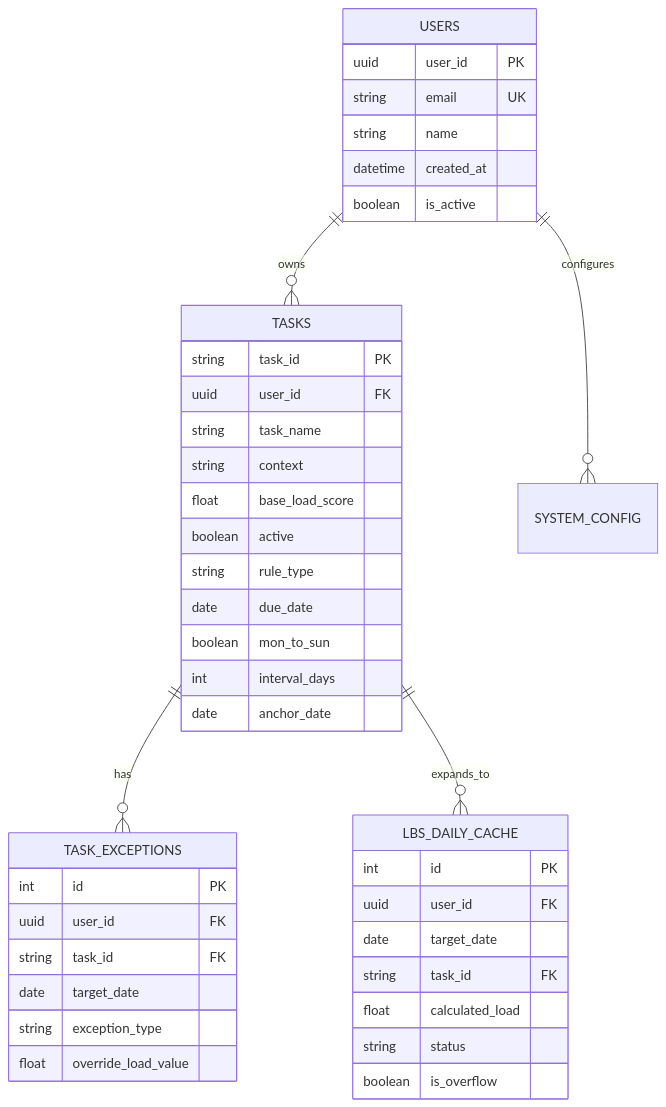
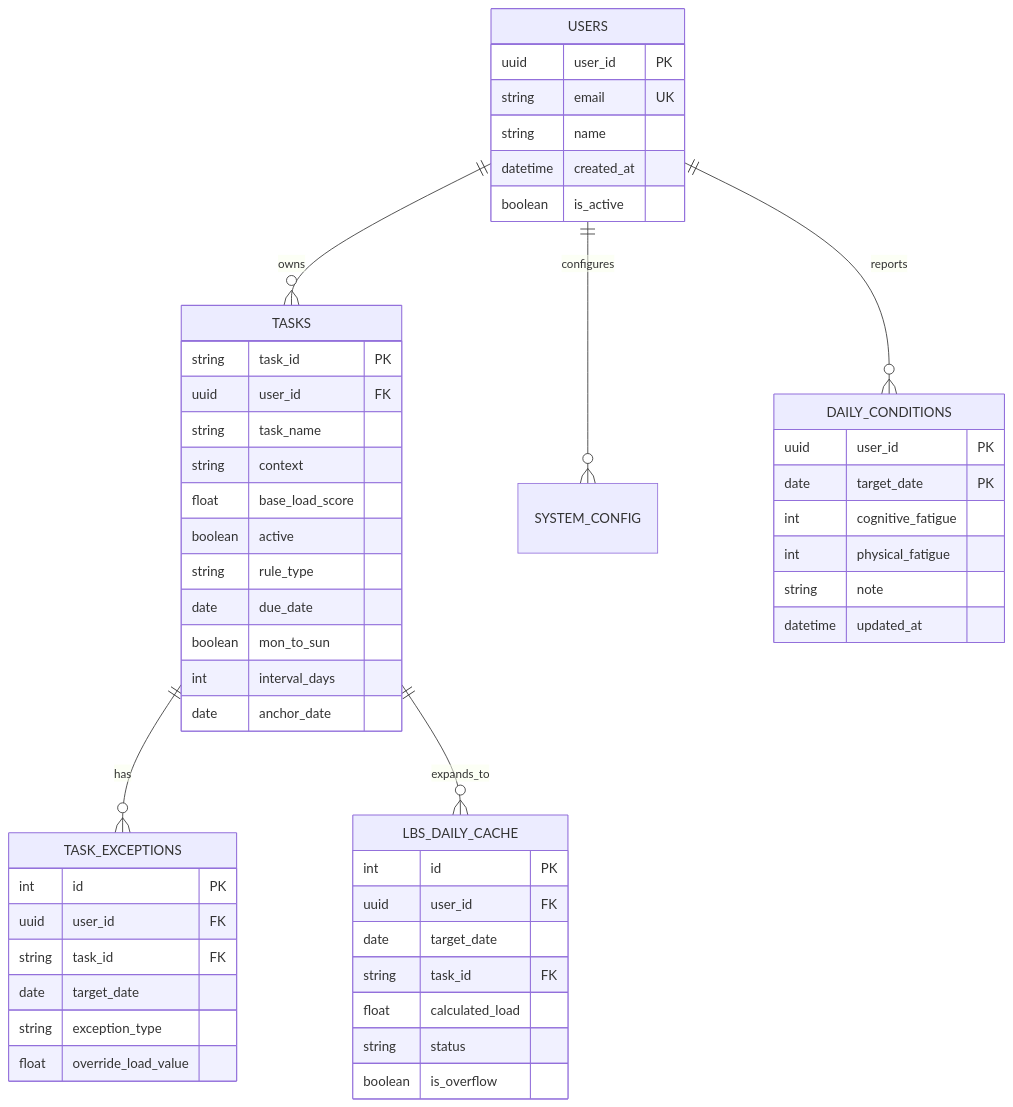
The second of 2 diagrams in docs/lbs_system_design.md (nh1124/VisionArk), drawn with Mermaid before and after one commit. The commit also changed other lines of this file and 7 other files, not shown here.

````diff
--- a/docs/lbs_system_design.md
+++ b/docs/lbs_system_design.md
@@ -55,48 +55,58 @@
 ```mermaid
 erDiagram
     USERS ||--o{ TASKS : owns
     USERS ||--o{ SYSTEM_CONFIG : configures
     TASKS ||--o{ TASK_EXCEPTIONS : has
     TASKS ||--o{ LBS_DAILY_CACHE : expands_to
+    USERS ||--o{ DAILY_CONDITIONS : reports
     
     USERS {
         uuid user_id PK
         string email UK
         string name
         datetime created_at
         boolean is_active
     }
     
     TASKS {
         string task_id PK
         uuid user_id FK
         string task_name
         string context
         float base_load_score
         boolean active
         string rule_type
         date due_date
         boolean mon_to_sun
         int interval_days
         date anchor_date
     }
     
     TASK_EXCEPTIONS {
         int id PK
         uuid user_id FK
         string task_id FK
         date target_date
         string exception_type
         float override_load_value
     }
     
     LBS_DAILY_CACHE {
         int id PK
         uuid user_id FK
         date target_date
         string task_id FK
         float calculated_load
         string status
         boolean is_overflow
     }
+
+    DAILY_CONDITIONS {
+        uuid user_id PK
+        date target_date PK
+        int cognitive_fatigue
+        int physical_fatigue
+        string note
+        datetime updated_at
+    }
 ```
````
